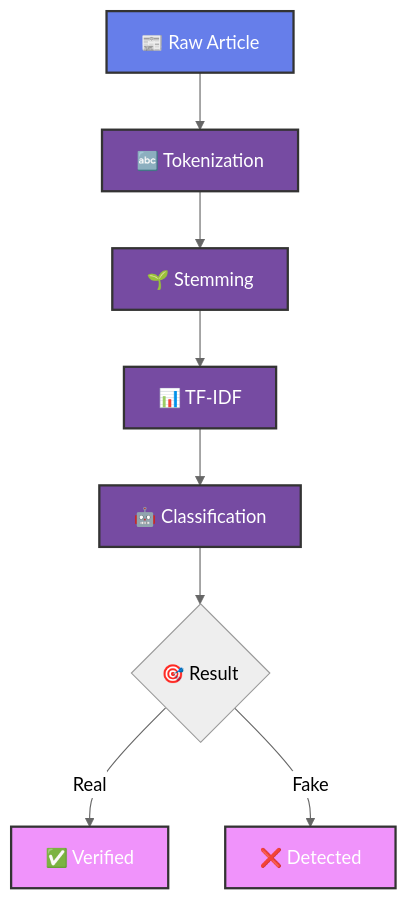
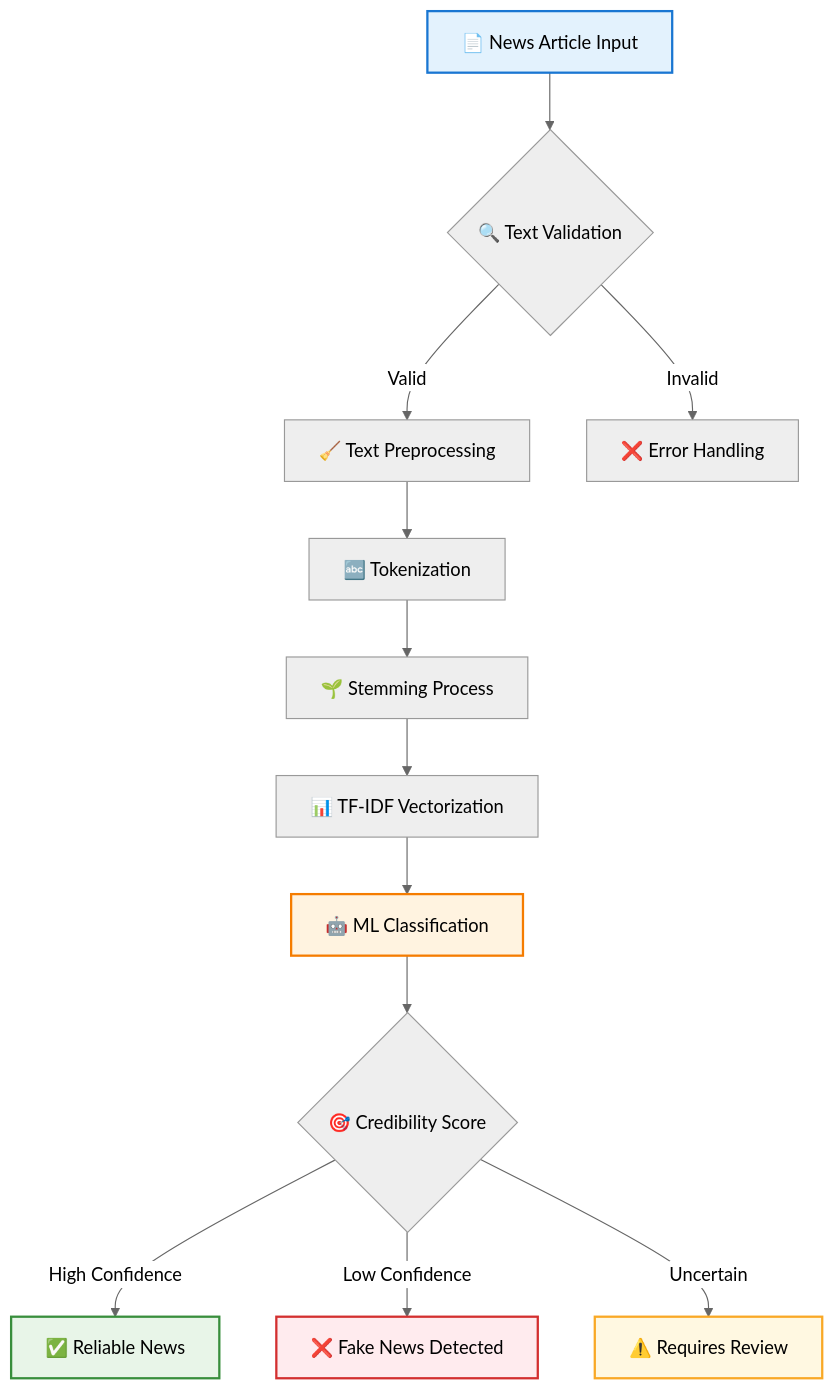
The diagram in README.md (alam025/fake-news-detection-nlp-system), drawn with Mermaid (neutral theme) before and after one commit. The commit also changed other lines of this file, not shown here.

````diff
--- a/README.md
+++ b/README.md
@@ -70,18 +50,20 @@
 ```mermaid
-flowchart TD
-    A[📰 Raw Article] --> B[🔤 Tokenization]
-    B --> C[🌱 Stemming]
-    C --> D[📊 TF-IDF]
-    D --> E[🤖 Classification]
-    E --> F{🎯 Result}
-    F -->|Real| G[✅ Verified]
-    F -->|Fake| H[❌ Detected]
+graph TB
+    A[📄 News Article Input] --> B{🔍 Text Validation}
+    B -->|Valid| C[🧹 Text Preprocessing]
+    B -->|Invalid| D[❌ Error Handling]
+    C --> E[🔤 Tokenization]
+    E --> F[🌱 Stemming Process]
+    F --> G[📊 TF-IDF Vectorization]
+    G --> H[🤖 ML Classification]
+    H --> I{🎯 Credibility Score}
+    I -->|High Confidence| J[✅ Reliable News]
+    I -->|Low Confidence| K[❌ Fake News Detected]
+    I -->|Uncertain| L[⚠️ Requires Review]
     
-    classDef input fill:#667eea,stroke:#333,stroke-width:2px,color:#fff
-    classDef process fill:#764ba2,stroke:#333,stroke-width:2px,color:#fff
-    classDef output fill:#f093fb,stroke:#333,stroke-width:2px,color:#fff
-    
-    class A input
-    class B,C,D,E process
-    class G,H output
+    style A fill:#E3F2FD,stroke:#1976D2,stroke-width:2px
+    style H fill:#FFF3E0,stroke:#F57C00,stroke-width:2px
+    style J fill:#E8F5E8,stroke:#388E3C,stroke-width:2px
+    style K fill:#FFEBEE,stroke:#D32F2F,stroke-width:2px
+    style L fill:#FFF8E1,stroke:#F9A825,stroke-width:2px
 ```
````
